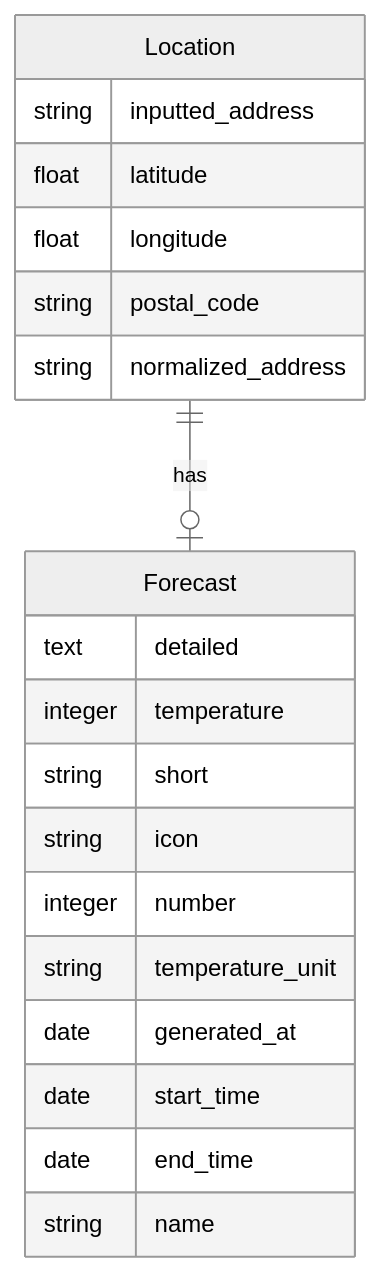
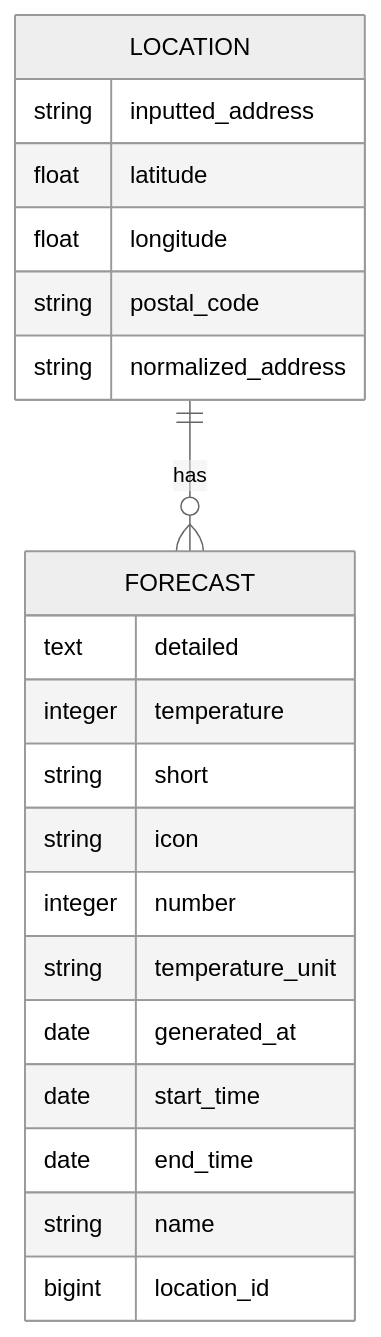
One commit to djpowers/weather_forecast changed the diagram in README.md. Above: the diagram before and after it, drawn with Mermaid (neutral theme). The commit also changed other lines of this file, not shown here.

Commit message:
Add README H1, fix mermaid diagram

````diff
--- a/README.md
+++ b/README.md
@@ -27,25 +27,24 @@
 ```mermaid
 erDiagram
-  l[Location] {
+  LOCATION ||--o{ FORECAST : has
+  LOCATION {
     string inputted_address
     float latitude
     float longitude
     string postal_code
     string normalized_address
   }
-
-  f[Forecast] {
+  FORECAST {
     text detailed
     integer temperature
     string short
     string icon
     integer number
     string temperature_unit
     date generated_at
     date start_time
     date end_time
     string name
+    bigint location_id
   }
-
-  l ||--o| f : has
 ```
````
